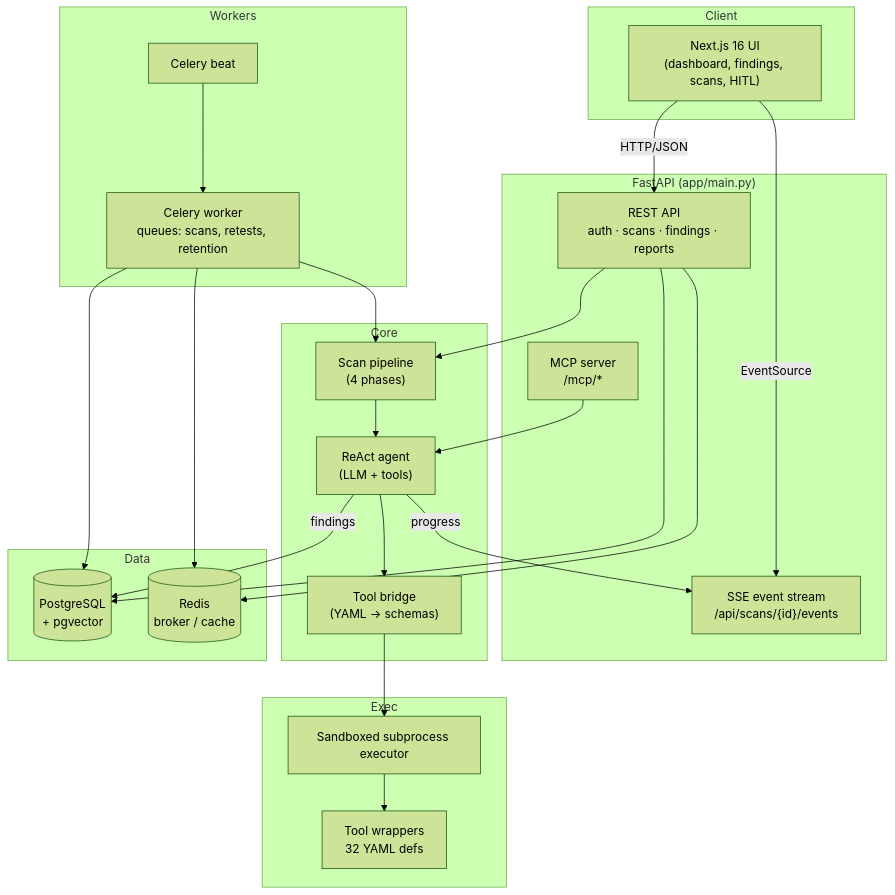
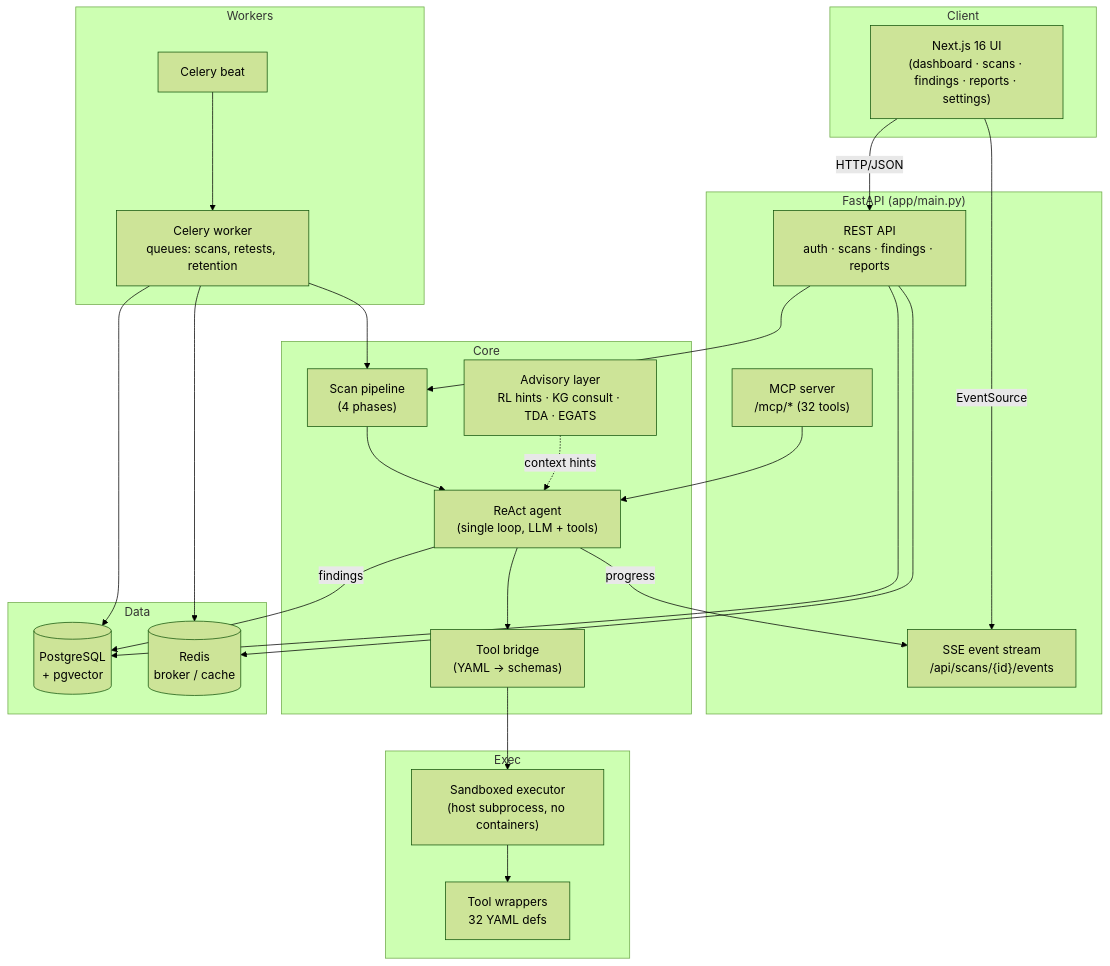
Before and after one commit to trannhatbuilder/Autonomous-VAPT-System: the diagram in README.md, drawn with Mermaid (forest theme). The commit also changed other lines of this file, not shown here.

Commit message:
docs: rewrite README to reflect actual architecture

````diff
--- a/README.md
+++ b/README.md
@@ -51,50 +70,52 @@
 ```mermaid
 flowchart TB
     subgraph Client
-        UI["Next.js 16 UI<br/>(dashboard, findings, scans, HITL)"]
+        UI["Next.js 16 UI<br/>(dashboard · scans · findings · reports · settings)"]
     end
 
     subgraph API["FastAPI (app/main.py)"]
         REST["REST API<br/>auth · scans · findings · reports"]
         SSE["SSE event stream<br/>/api/scans/{id}/events"]
-        MCP["MCP server<br/>/mcp/*"]
+        MCP["MCP server<br/>/mcp/* (32 tools)"]
     end
 
     subgraph Core
         PIPE["Scan pipeline<br/>(4 phases)"]
-        AGENT["ReAct agent<br/>(LLM + tools)"]
+        AGENT["ReAct agent<br/>(single loop, LLM + tools)"]
+        ADV["Advisory layer<br/>RL hints · KG consult · TDA · EGATS"]
         BRIDGE["Tool bridge<br/>(YAML → schemas)"]
     end
 
     subgraph Exec
-        SUB["Sandboxed subprocess executor"]
+        SUB["Sandboxed executor<br/>(host subprocess, no containers)"]
         TOOLS["Tool wrappers<br/>32 YAML defs"]
     end
 
     subgraph Data
         PG[("PostgreSQL<br/>+ pgvector")]
         REDIS[("Redis<br/>broker / cache")]
     end
 
     subgraph Workers
         CEL["Celery worker<br/>queues: scans, retests, retention"]
         BEAT["Celery beat"]
     end
 
     UI -->|HTTP/JSON| REST
     UI -->|EventSource| SSE
     REST --> PIPE
     PIPE --> AGENT
+    ADV -.->|context hints| AGENT
     AGENT --> BRIDGE
     BRIDGE --> SUB
     SUB --> TOOLS
     AGENT -->|findings| PG
     AGENT -->|progress| SSE
     REST --> PG
     REST --> REDIS
     CEL --> PIPE
     BEAT --> CEL
     CEL --> PG
     CEL --> REDIS
     MCP --> AGENT
 ```
````
